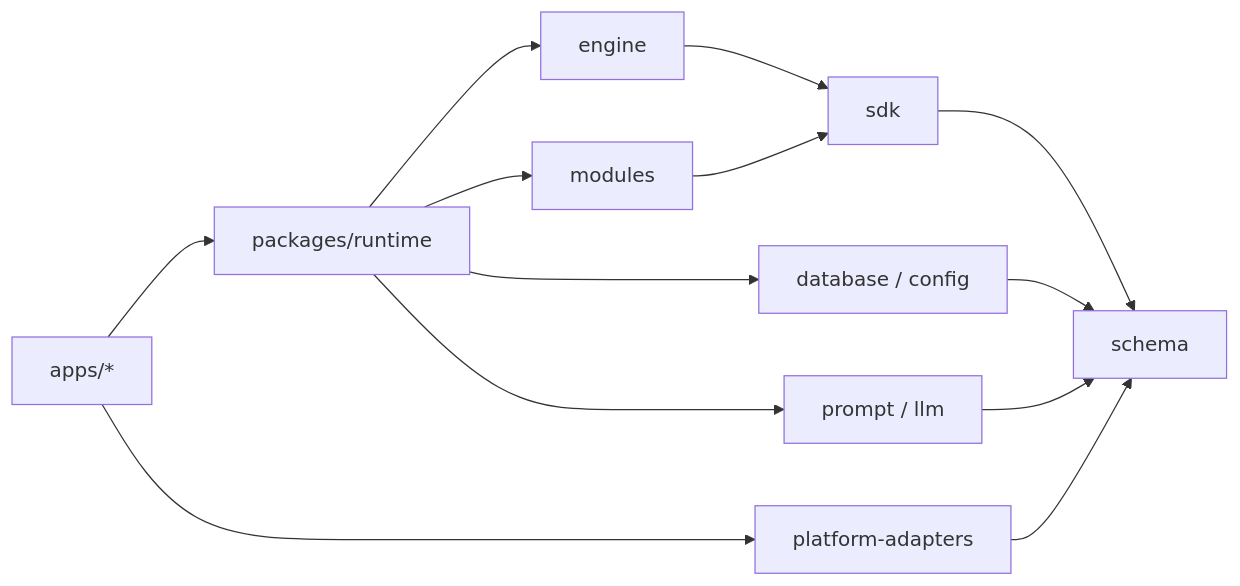
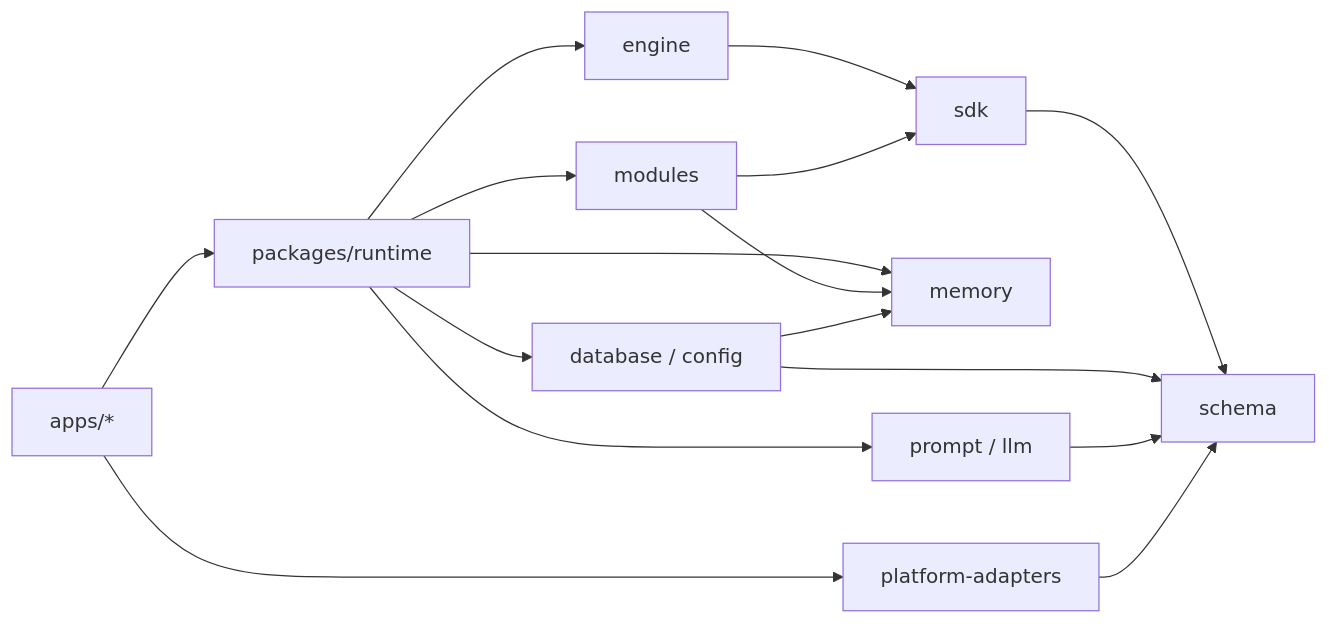
One commit to posanbu/Kaguya changed the diagram in docs/developers/index.md. Above: the diagram before and after it, drawn with Mermaid. The commit also changed other lines of this file and 34 other files, not shown here.

````diff
--- a/docs/developers/index.md
+++ b/docs/developers/index.md
@@ -46,15 +48,18 @@
 ```mermaid
 flowchart LR
   Apps[apps/*] --> Runtime[packages/runtime]
   Apps --> Adapters[platform-adapters]
   Runtime --> Engine[engine]
   Runtime --> Modules[modules]
   Runtime --> Data[database / config]
+  Runtime --> Memory[memory]
   Runtime --> Model[prompt / llm]
   Engine --> SDK[sdk]
   Modules --> SDK
+  Modules --> Memory
+  Data --> Memory
   SDK --> Schema[schema]
   Data --> Schema
   Model --> Schema
   Adapters --> Schema
 ```
````
